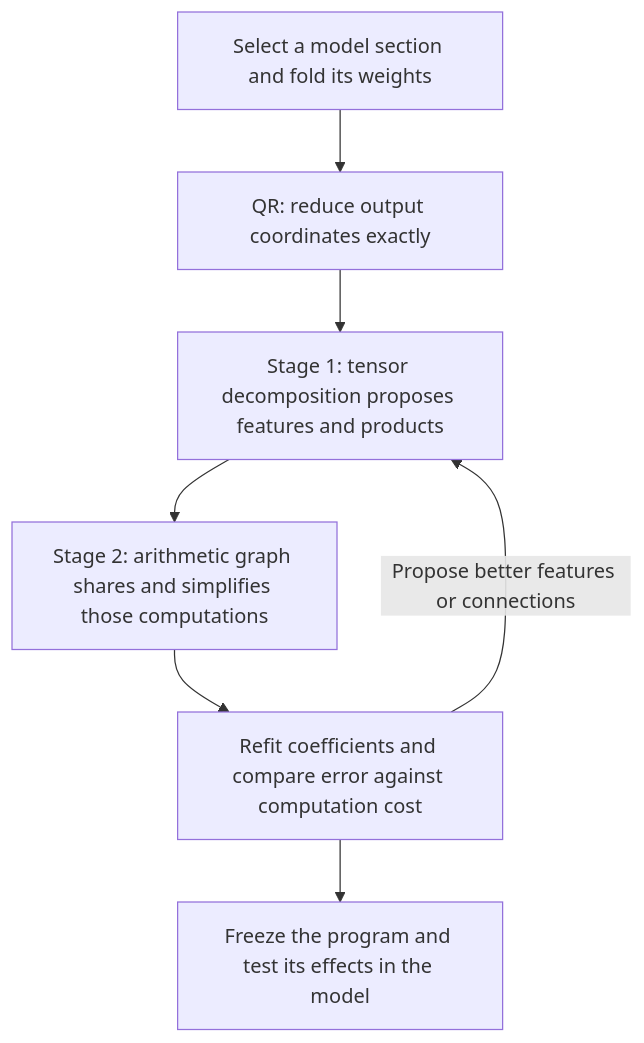
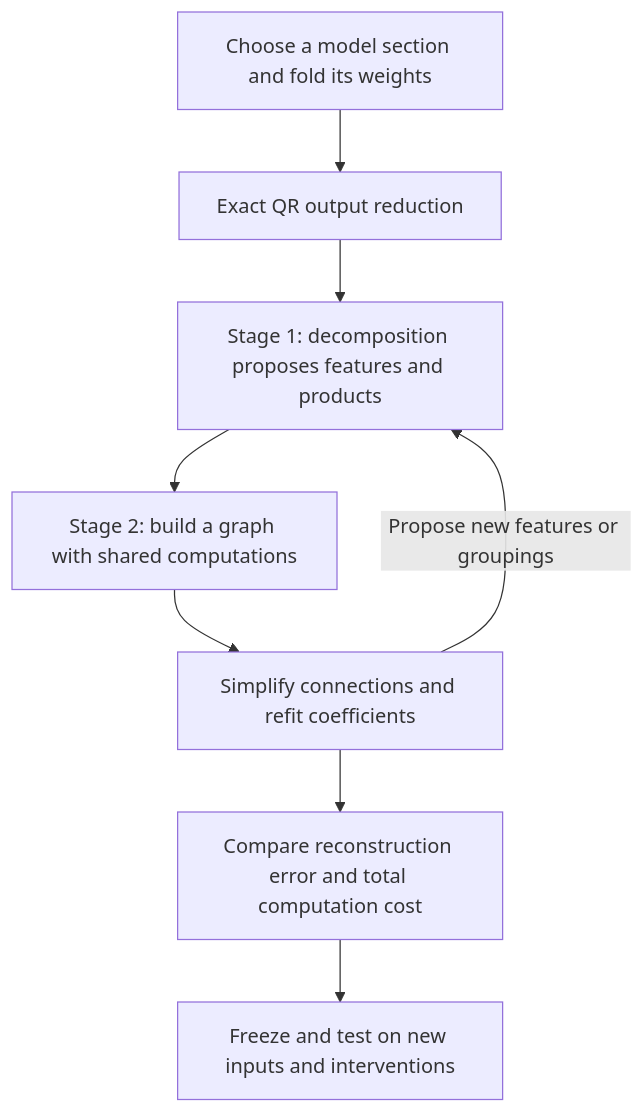
One commit to loganriggs/tensor_language changed the first of 2 diagrams in basis_aligned/polynomial_causal/explanations/for_logan/research_update_2026-09-21_0104_full_coverage_and_shared_baselines.md. Above: the diagram before and after it, drawn with Mermaid. The commit also changed other lines of this file and 2 other files, not shown here.

Commit message:
Rewrite folding overview around two-stage plan and current evidence

````diff
--- a/basis_aligned/polynomial_causal/explanations/for_logan/research_update_2026-09-21_0104_full_coverage_and_shared_baselines.md
+++ b/basis_aligned/polynomial_causal/explanations/for_logan/research_update_2026-09-21_0104_full_coverage_and_shared_baselines.md
@@ -13,9 +16,10 @@
 ```mermaid
 flowchart TD
-    A[Select a model section and fold its weights] --> B[QR: reduce output coordinates exactly]
-    B --> C[Stage 1: tensor decomposition proposes features and products]
-    C --> D[Stage 2: arithmetic graph shares and simplifies those computations]
-    D --> E[Refit coefficients and compare error against computation cost]
-    E --> F[Freeze the program and test its effects in the model]
-    E -->|Propose better features or connections| C
+    A[Choose a model section and fold its weights] --> B[Exact QR output reduction]
+    B --> C[Stage 1: decomposition proposes features and products]
+    C --> D[Stage 2: build a graph with shared computations]
+    D --> E[Simplify connections and refit coefficients]
+    E --> F[Compare reconstruction error and total computation cost]
+    F --> G[Freeze and test on new inputs and interventions]
+    E -->|Propose new features or groupings| C
 ```
````
